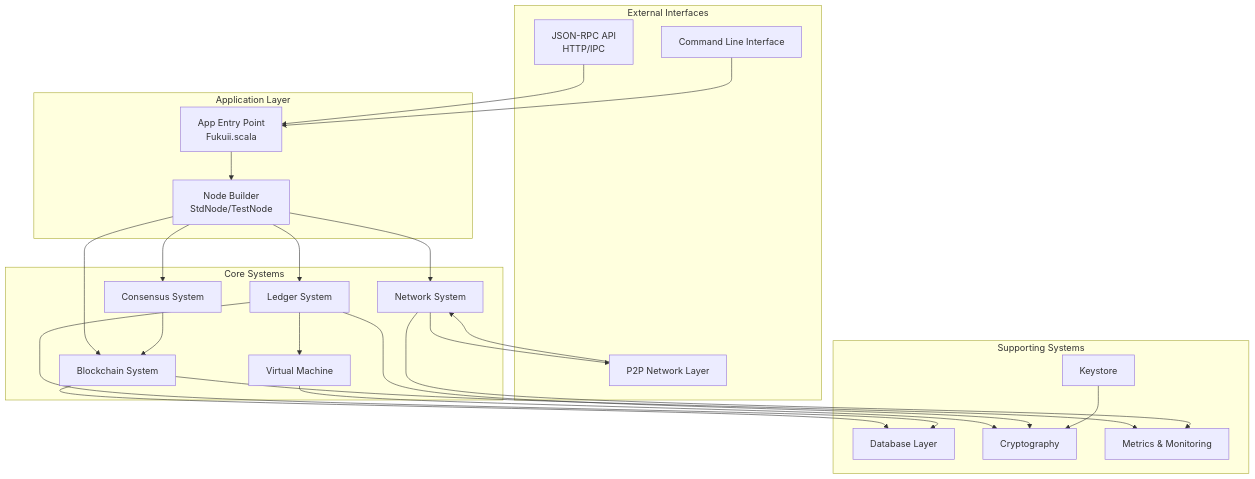
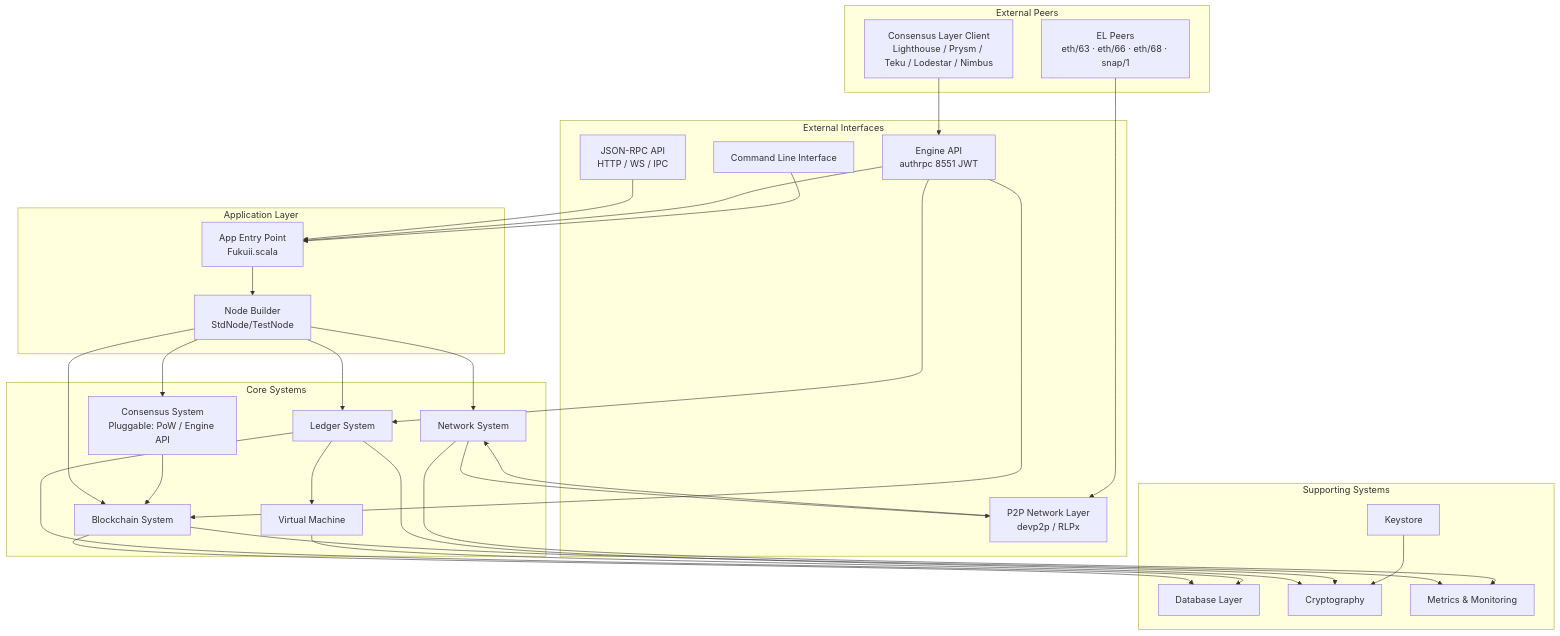
The first of 13 diagrams in docs/architecture/architecture-overview.md (chippr-robotics/fukuii), drawn with Mermaid before and after one commit. The commit also changed other lines of this file and 2 other files, not shown here.

First line of the commit message:
docs: reframe core docs as full EVM-compliant EL client

````diff
--- a/docs/architecture/architecture-overview.md
+++ b/docs/architecture/architecture-overview.md
@@ -39,51 +48,63 @@
 ```mermaid
 graph TB
     subgraph "External Interfaces"
-        JSONRPC[JSON-RPC API<br/>HTTP/IPC]
+        JSONRPC[JSON-RPC API<br/>HTTP / WS / IPC]
+        ENGINE[Engine API<br/>authrpc 8551 JWT]
         CLI[Command Line Interface]
-        P2P[P2P Network Layer]
+        P2P[P2P Network Layer<br/>devp2p / RLPx]
     end
-    
+
+    subgraph "External Peers"
+        CL[Consensus Layer Client<br/>Lighthouse / Prysm / Teku / Lodestar / Nimbus]
+        ELPEERS[EL Peers<br/>eth/63 · eth/66 · eth/68 · snap/1]
+    end
+
     subgraph "Application Layer"
         APP[App Entry Point<br/>Fukuii.scala]
         NODE[Node Builder<br/>StdNode/TestNode]
     end
-    
+
     subgraph "Core Systems"
         BLOCKCHAIN[Blockchain System]
-        CONSENSUS[Consensus System]
+        CONSENSUS[Consensus System<br/>Pluggable: PoW / Engine API]
         NETWORK[Network System]
         LEDGER[Ledger System]
         VM[Virtual Machine]
     end
-    
+
     subgraph "Supporting Systems"
         DB[Database Layer]
         CRYPTO[Cryptography]
         KEYSTORE[Keystore]
         METRICS[Metrics & Monitoring]
     end
-    
+
+    CL --> ENGINE
+    ELPEERS --> P2P
+
     JSONRPC --> APP
+    ENGINE --> APP
+    ENGINE --> LEDGER
+    ENGINE --> BLOCKCHAIN
     CLI --> APP
     P2P --> NETWORK
-    
+
     APP --> NODE
     NODE --> BLOCKCHAIN
     NODE --> CONSENSUS
     NODE --> NETWORK
     NODE --> LEDGER
-    
+
     BLOCKCHAIN --> DB
     LEDGER --> VM
     LEDGER --> DB
     CONSENSUS --> BLOCKCHAIN
     NETWORK --> P2P
-    
+
     VM --> CRYPTO
     LEDGER --> CRYPTO
     KEYSTORE --> CRYPTO
-    
+
     BLOCKCHAIN --> METRICS
     NETWORK --> METRICS
 ```
````
